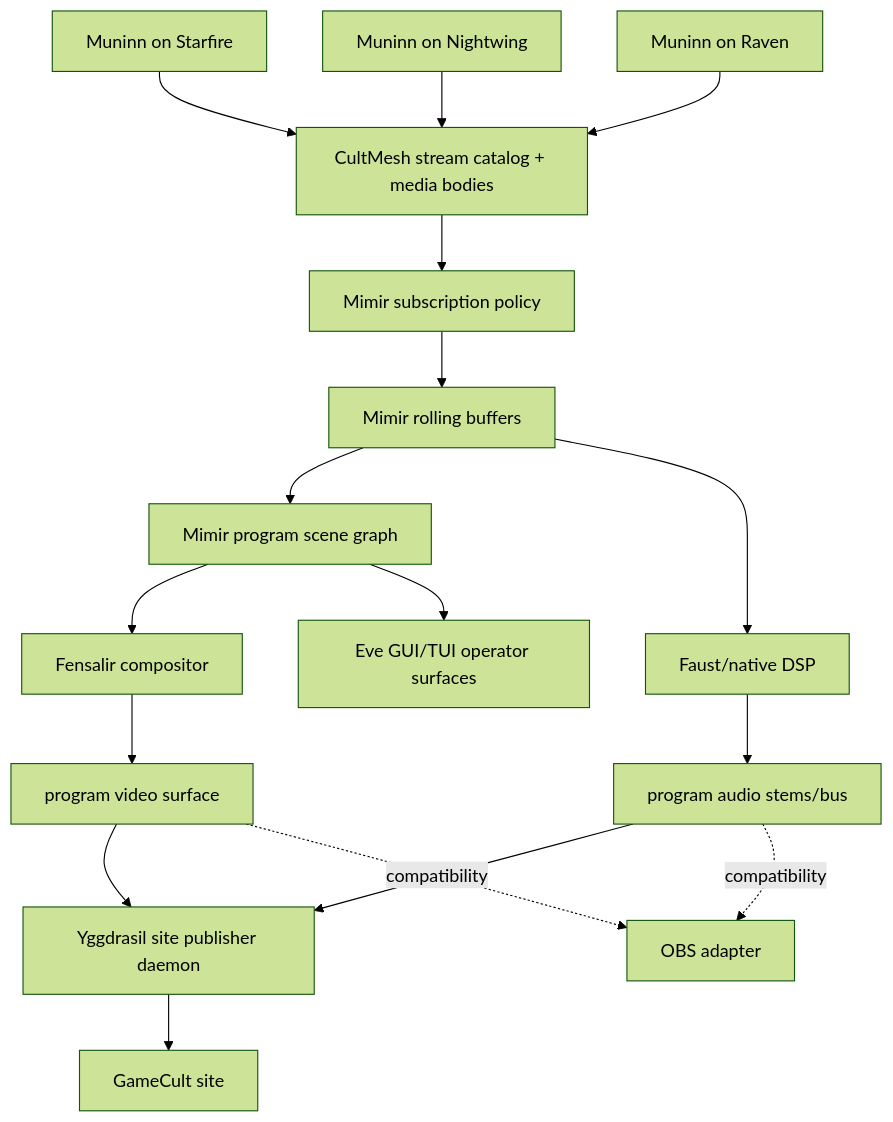
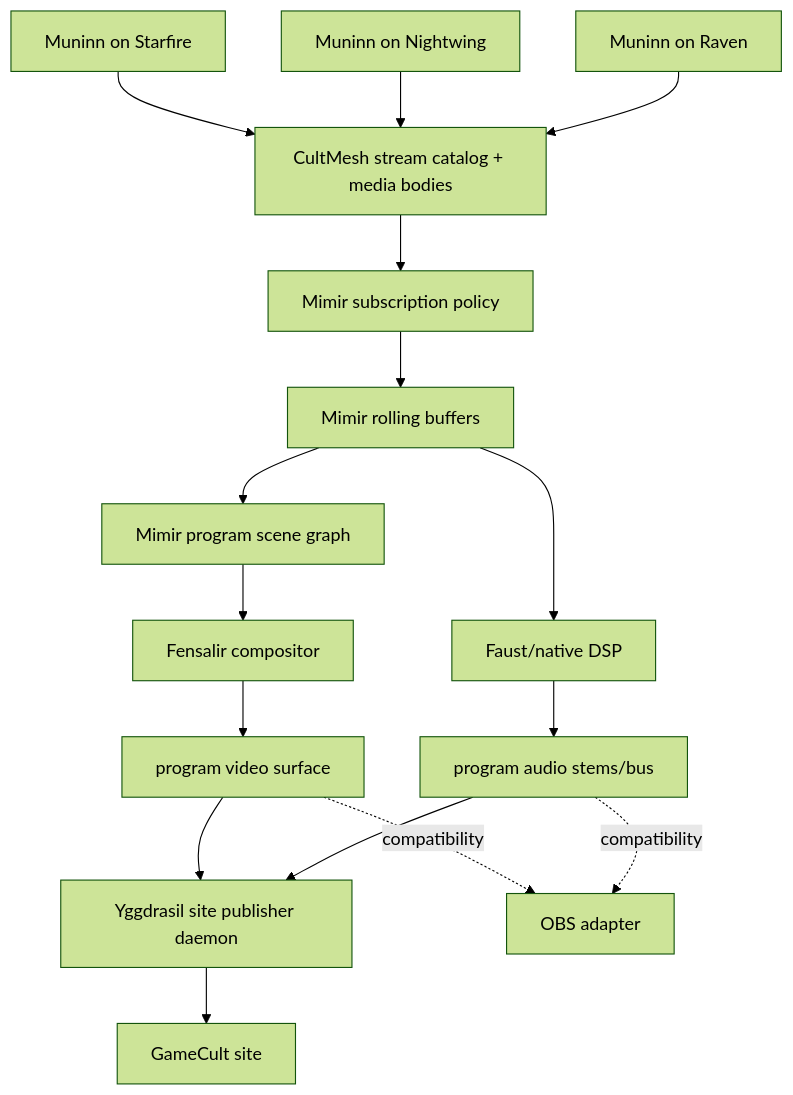
Before and after one commit to GameCult/Mimir: the diagram in docs/mimir-program-composition.md, drawn with Mermaid (forest theme). The commit also changed other lines of this file and 14 other files, not shown here.

First line of the commit message:
Quarantine Mimir's Eve operator surface: remove EveDashboard, EveBrowserReference and their contract documents

````diff
--- a/docs/mimir-program-composition.md
+++ b/docs/mimir-program-composition.md
@@ -30,19 +30,18 @@
 ```mermaid
 flowchart TD
     A["Muninn on Starfire"] --> D["CultMesh stream catalog + media bodies"]
     B["Muninn on Nightwing"] --> D
     C["Muninn on Raven"] --> D
     D --> E["Mimir subscription policy"]
     E --> F["Mimir rolling buffers"]
     F --> G["Mimir program scene graph"]
     G --> H["Fensalir compositor"]
     F --> I["Faust/native DSP"]
     H --> J["program video surface"]
     I --> K["program audio stems/bus"]
-    G --> L["Eve GUI/TUI operator surfaces"]
     J --> M["Yggdrasil site publisher daemon"]
     K --> M
     M --> N["GameCult site"]
     J -. "compatibility" .-> O["OBS adapter"]
     K -. "compatibility" .-> O
 ```
````
